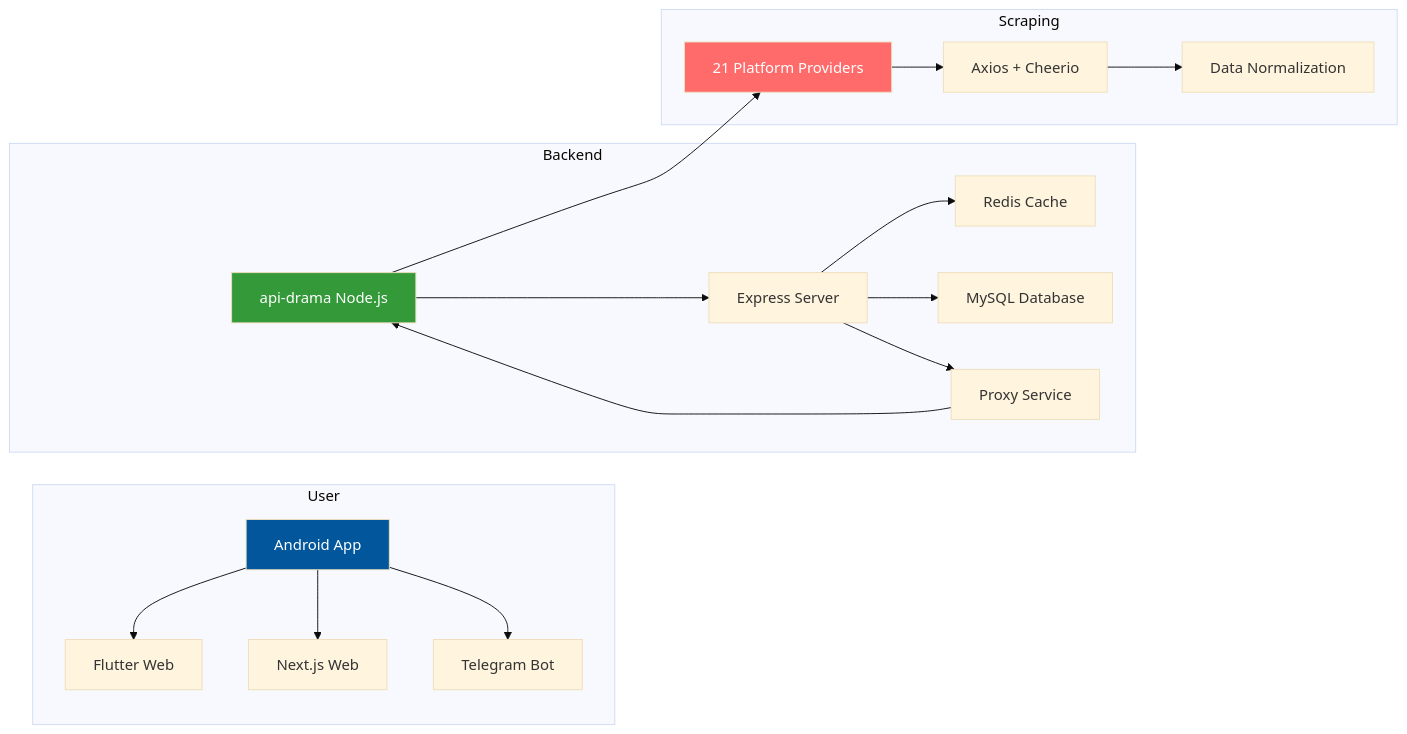
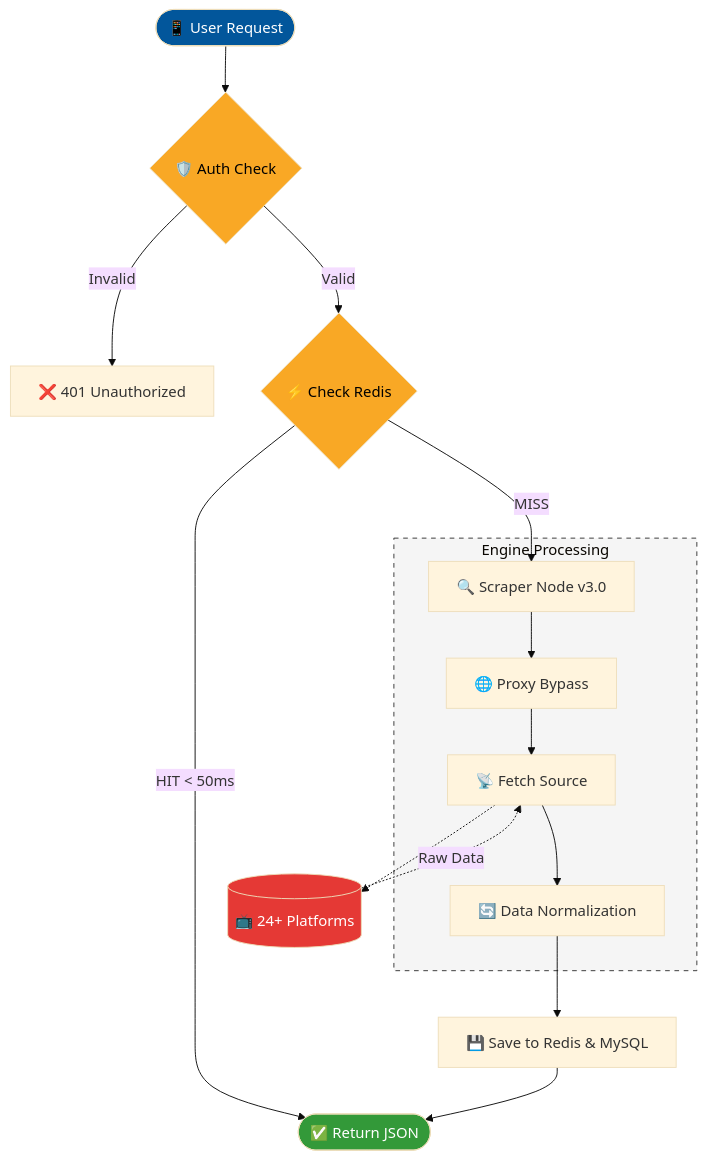
The diagram in README.md (irwanx/quickplay-download), drawn with Mermaid (base theme) before and after one commit. The commit also changed other lines of this file, not shown here.

Commit message:
Revise app name and enhance README content
Updated app description and improved system workflow diagram.

````diff
--- a/README.md
+++ b/README.md
@@ -19,27 +19,36 @@
 ```mermaid
-graph LR
-    subgraph User
-        A[Android App] --> B[Flutter Web]
-        A --> C[Next.js Web]
-        A --> D[Telegram Bot]
+graph TD
+    %% Entry Point
+    Start([📱 User Request]) --> Auth{🛡️ Auth Check}
+    
+    %% Security Logic
+    Auth -- Invalid --> Deny[❌ 401 Unauthorized]
+    Auth -- Valid --> CacheCheck{⚡ Check Redis}
+
+    %% Cache Logic
+    CacheCheck -- HIT < 50ms --> Response([✅ Return JSON])
+    CacheCheck -- MISS --> ScraperNode[🔍 Scraper Node v3.0]
+
+    %% Scraping Logic
+    subgraph Scraping_Process [Engine Processing]
+        ScraperNode --> Proxy[🌐 Proxy Bypass]
+        Proxy --> Fetch[📡 Fetch Source]
+        Fetch --> Norm[🔄 Data Normalization]
     end
-    
-    subgraph Backend
-        E[api-drama Node.js] --> F[Express Server]
-        F --> G[Redis Cache]
-        F --> H[MySQL Database]
-        F --> I[Proxy Service]
-    end
-    
-    subgraph Scraping
-        J[21 Platform Providers] --> K[Axios + Cheerio]
-        K --> L[Data Normalization]
-    end
-    
-    E --> J
-    I --> E
-    
-    style A fill:#02569B,color:#fff
-    style E fill:#339939,color:#fff
-    style J fill:#FF6B6B,color:#fff
+
+    %% Storage & Return
+    Norm --> SaveCache[💾 Save to Redis & MySQL]
+    SaveCache --> Response
+
+    %% External Sources
+    Fetch -.-> Sources[(📺 24+ Platforms)]
+    Sources -.->|Raw Data| Fetch
+
+    %% Styling
+    style Start fill:#02569B,color:#fff
+    style Response fill:#339939,color:#fff
+    style Auth fill:#f9a825,color:#000
+    style CacheCheck fill:#f9a825,color:#000
+    style Sources fill:#e53935,color:#fff
+    style Scraping_Process fill:#f5f5f5,stroke:#333,stroke-dasharray: 5 5
 ```
````
